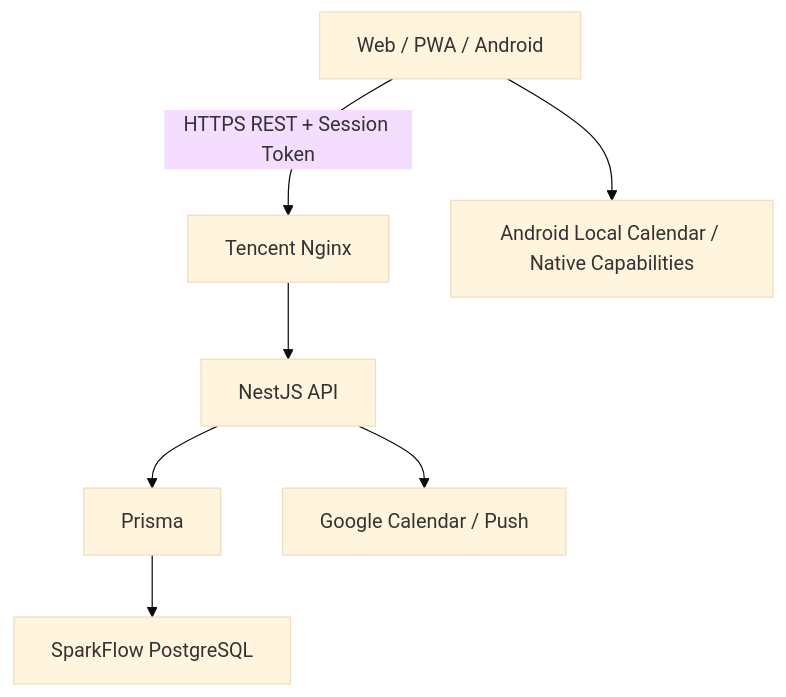
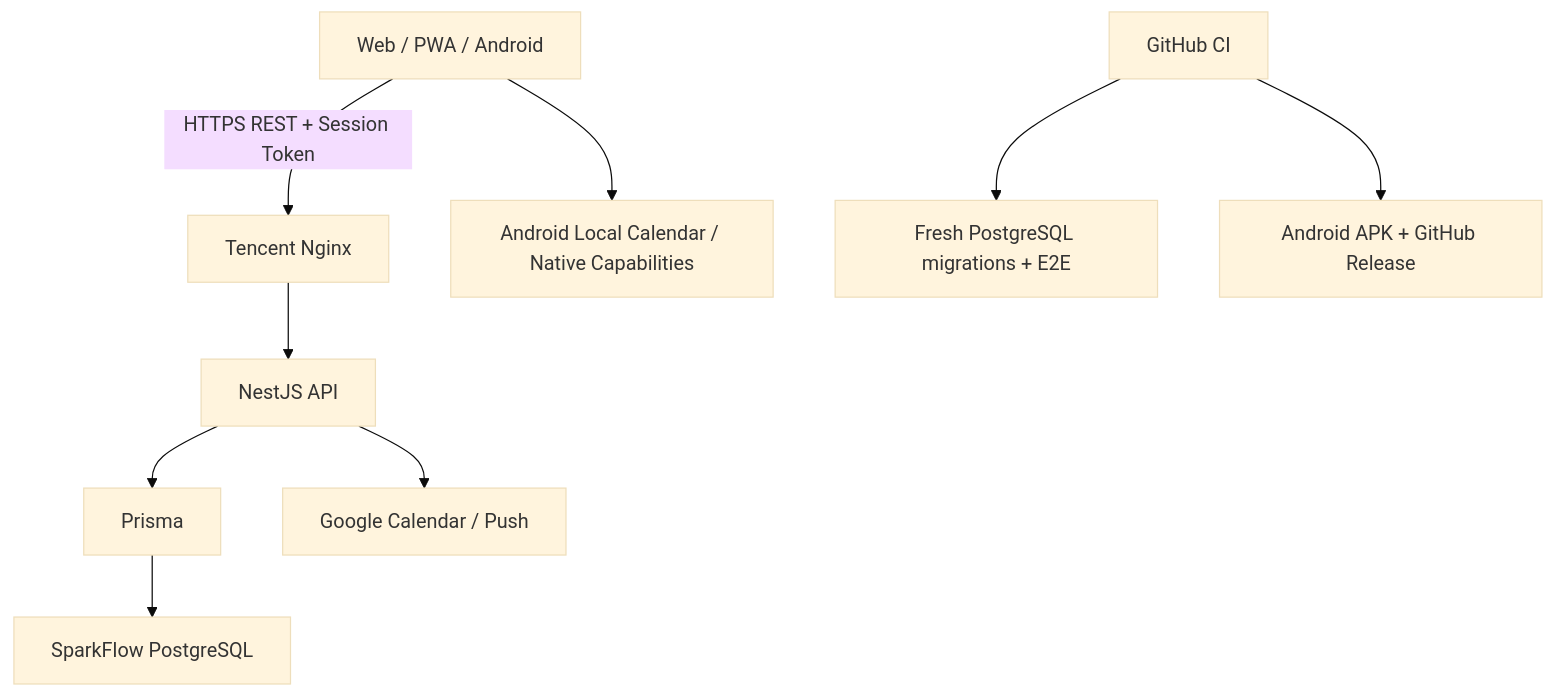
One commit to tiads031-boop/sparkflow changed the first of 2 diagrams in PROJECT_BLUEPRINT.md. Above: the diagram before and after it, drawn with Mermaid (base theme). The commit also changed other lines of this file, not shown here.

````diff
--- a/PROJECT_BLUEPRINT.md
+++ b/PROJECT_BLUEPRINT.md
@@ -73,9 +78,11 @@
 ```mermaid
 flowchart TD
     A["Web / PWA / Android"] -->|"HTTPS REST + Session Token"| B["Tencent Nginx"]
     B --> C["NestJS API"]
     C --> D["Prisma"]
     D --> E["SparkFlow PostgreSQL"]
     C --> F["Google Calendar / Push"]
     A --> G["Android Local Calendar / Native Capabilities"]
+    H["GitHub CI"] --> I["Fresh PostgreSQL migrations + E2E"]
+    H --> J["Android APK + GitHub Release"]
 ```
````
